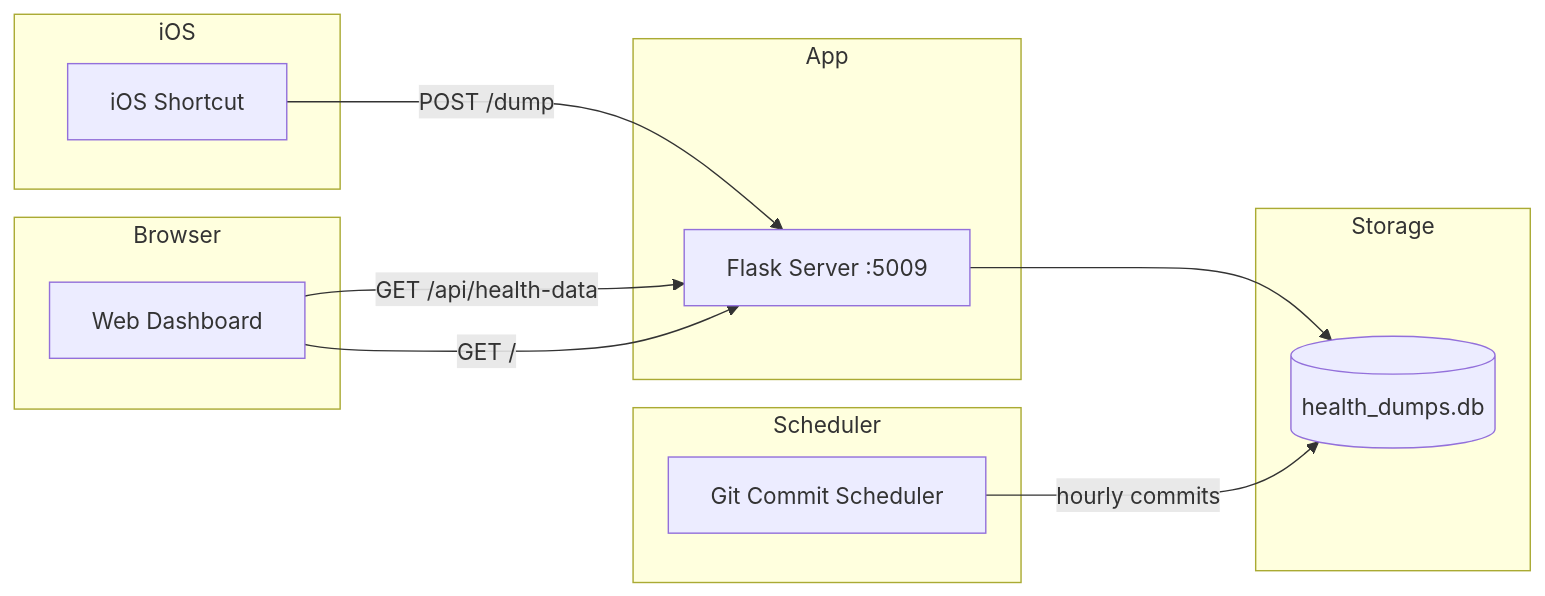
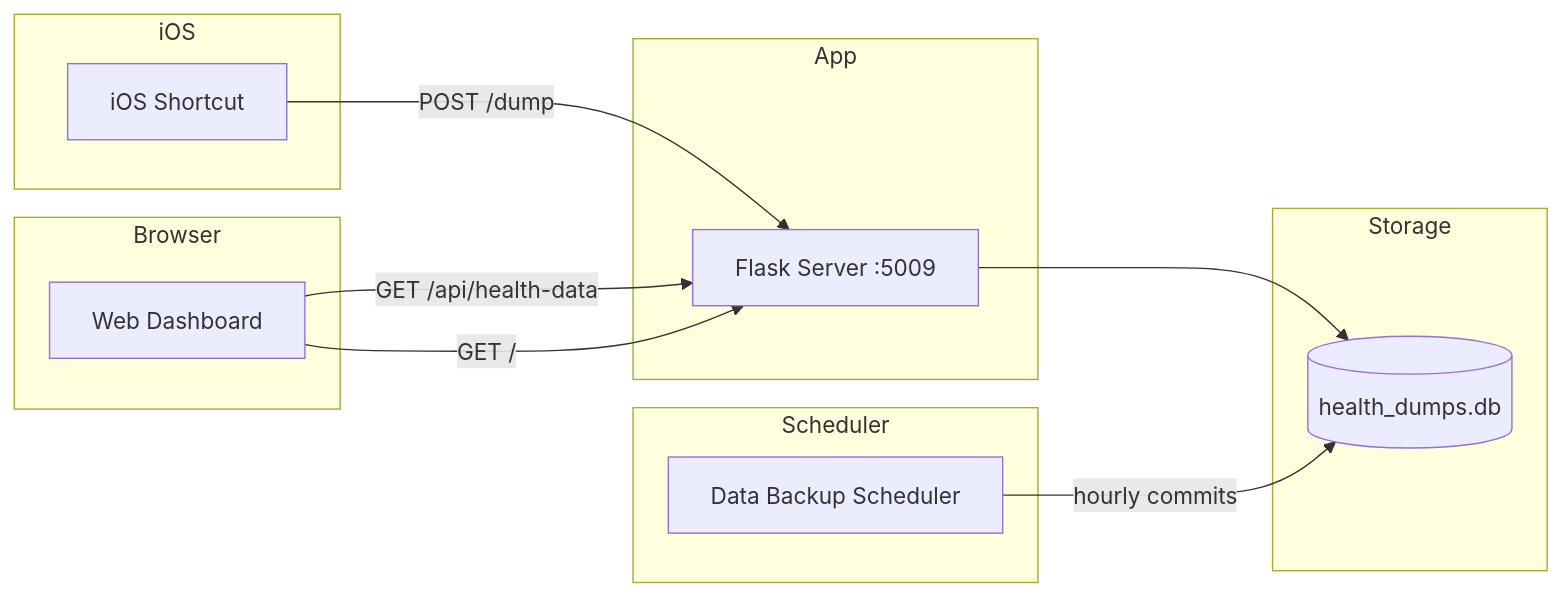
Before and after one commit to momonala/ios-health-dump: the diagram in README.md, drawn with Mermaid. The commit also changed other lines of this file and 22 other files, not shown here.

````diff
--- a/README.md
+++ b/README.md
@@ -15,24 +15,24 @@
 ```mermaid
 flowchart LR
     subgraph iOS
         Shortcut[iOS Shortcut]
     end
     subgraph Browser
         Dashboard[Web Dashboard]
     end
     subgraph Storage
         DB[(health_dumps.db)]
     end
     subgraph App
         Flask[Flask Server :5009]
     end
     subgraph Scheduler
-        Git[Git Commit Scheduler]
+        Git[Data Backup Scheduler]
     end
     
     Shortcut -->|POST /dump| Flask
     Dashboard -->|GET /api/health-data| Flask
     Dashboard -->|GET /| Flask
     Flask --> DB
     Git -->|hourly commits| DB
 ```
````
